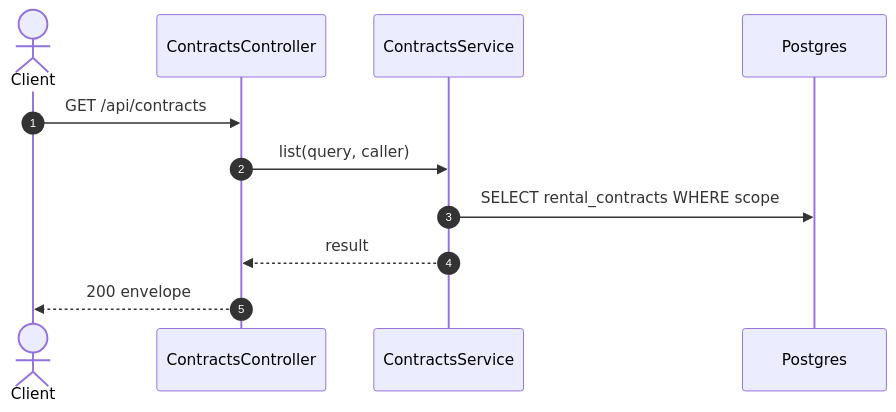
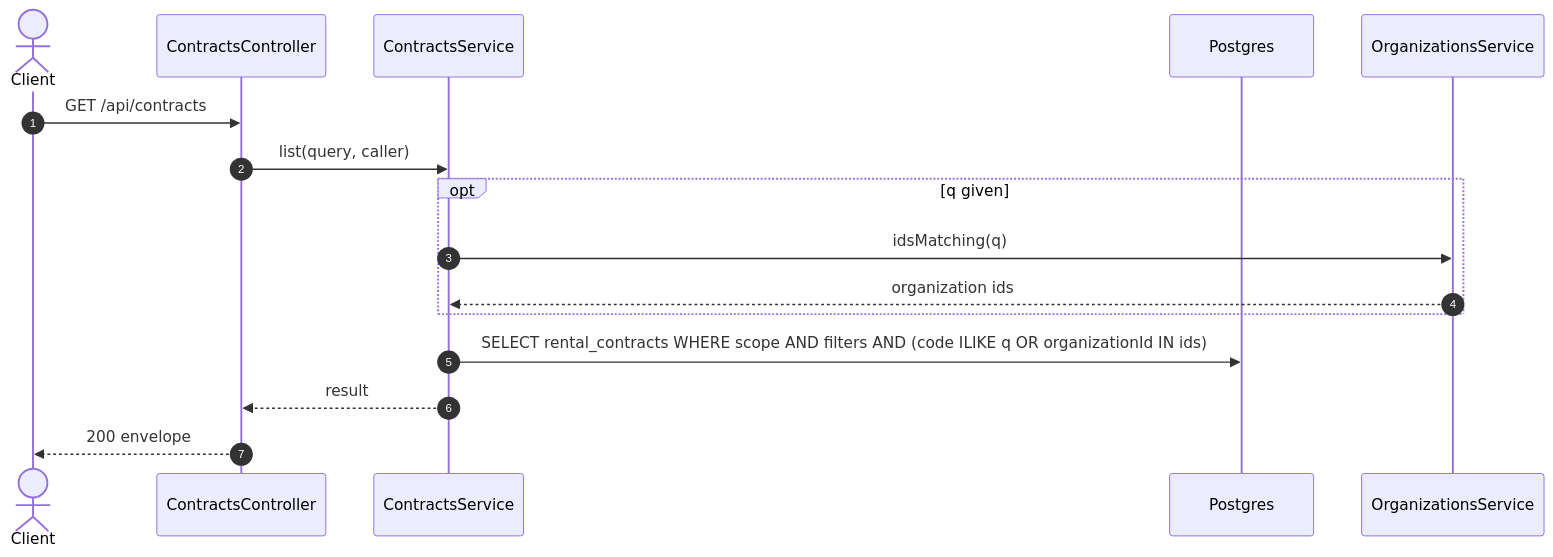
The second of 2 diagrams in specs/rentals/api-design/02-get-contracts.md (TrekLink-Team/treklink-web), drawn with Mermaid before and after one commit. The commit also changed other lines of this file and 4 other files, not shown here.

````diff
--- a/specs/rentals/api-design/02-get-contracts.md
+++ b/specs/rentals/api-design/02-get-contracts.md
@@ -168,13 +171,18 @@
 ```mermaid
 sequenceDiagram
     autonumber
     actor C as Client
     participant Ctl as ContractsController
     participant Svc as ContractsService
     participant DB as Postgres
+    participant Org as OrganizationsService
     C->>Ctl: GET /api/contracts
     Ctl->>Svc: list(query, caller)
-    Svc->>DB: SELECT rental_contracts WHERE scope
+    opt q given
+    Svc->>Org: idsMatching(q)
+    Org-->>Svc: organization ids
+    end
+    Svc->>DB: SELECT rental_contracts WHERE scope AND filters AND (code ILIKE q OR organizationId IN ids)
     Svc-->>Ctl: result
     Ctl-->>C: 200 envelope
 ```
````
